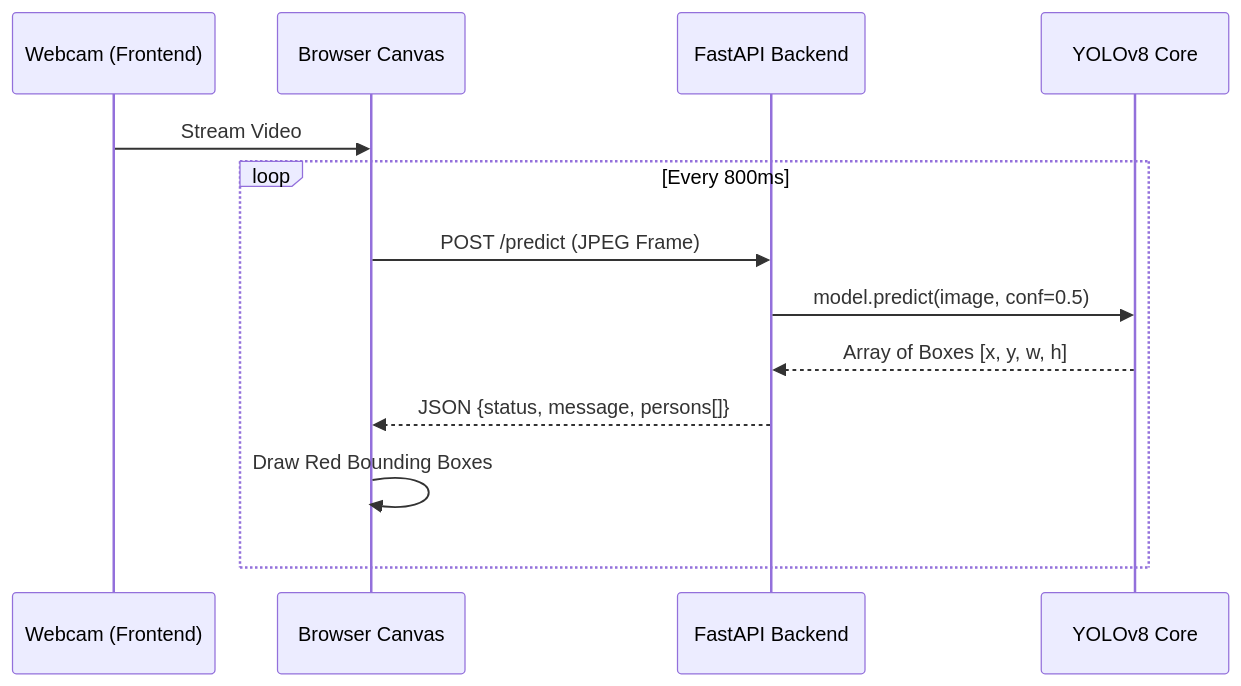
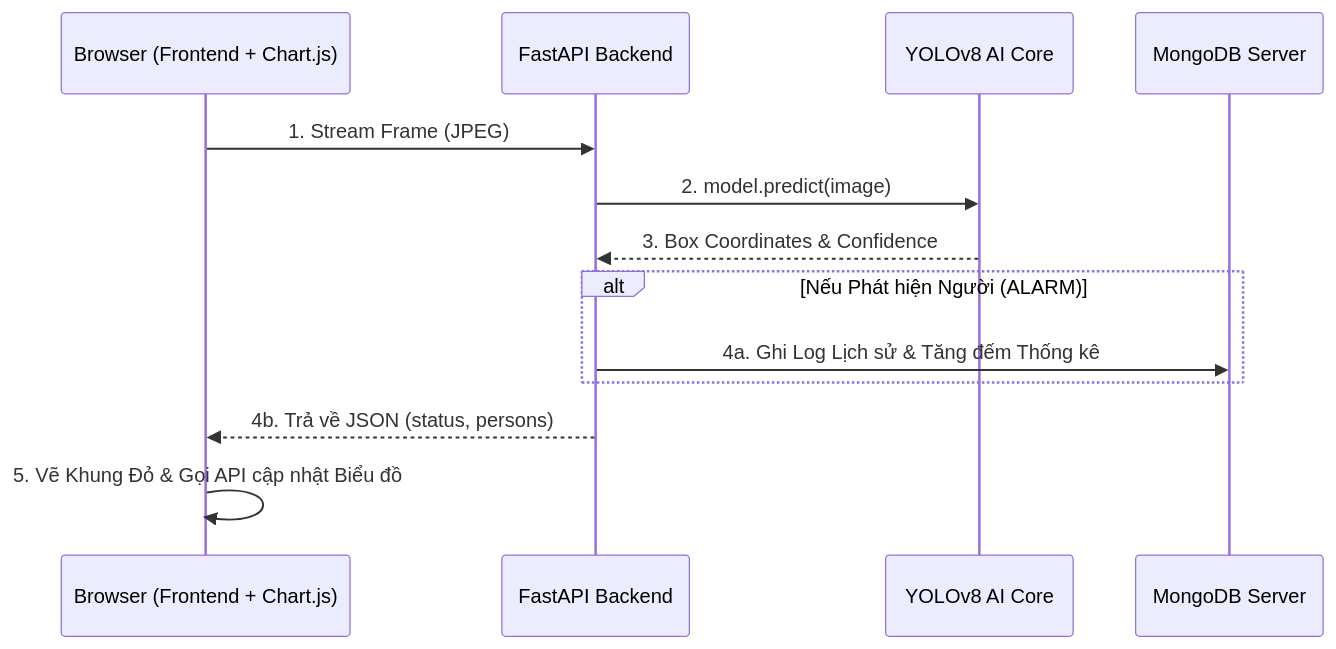
Before and after one commit to anhtt-23810310166/human-detection: the diagram in README.md, drawn with Mermaid. The commit also changed other lines of this file, not shown here.

Commit message:
Docs: Update README with Enterprise Architecture (MongoDB, Chart.js, Dark Theme UI)

````diff
--- a/README.md
+++ b/README.md
@@ -18,16 +24,18 @@
 ```mermaid
 sequenceDiagram
-    participant Cam as Webcam (Frontend)
-    participant UI as Browser Canvas
+    participant UI as Browser (Frontend + Chart.js)
     participant API as FastAPI Backend
-    participant YOLO as YOLOv8 Core
+    participant YOLO as YOLOv8 AI Core
+    participant DB as MongoDB Server
 
-    Cam->>UI: Stream Video
-    loop Every 800ms
-        UI->>API: POST /predict (JPEG Frame)
-        API->>YOLO: model.predict(image, conf=0.5)
-        YOLO-->>API: Array of Boxes [x, y, w, h]
-        API-->>UI: JSON {status, message, persons[]}
-        UI->>UI: Draw Red Bounding Boxes
+    UI->>API: 1. Stream Frame (JPEG)
+    API->>YOLO: 2. model.predict(image)
+    YOLO-->>API: 3. Box Coordinates & Confidence
+    
+    alt Nếu Phát hiện Người (ALARM)
+        API->>DB: 4a. Ghi Log Lịch sử & Tăng đếm Thống kê
     end
+    
+    API-->>UI: 4b. Trả về JSON (status, persons)
+    UI->>UI: 5. Vẽ Khung Đỏ & Gọi API cập nhật Biểu đồ
 ```
````
